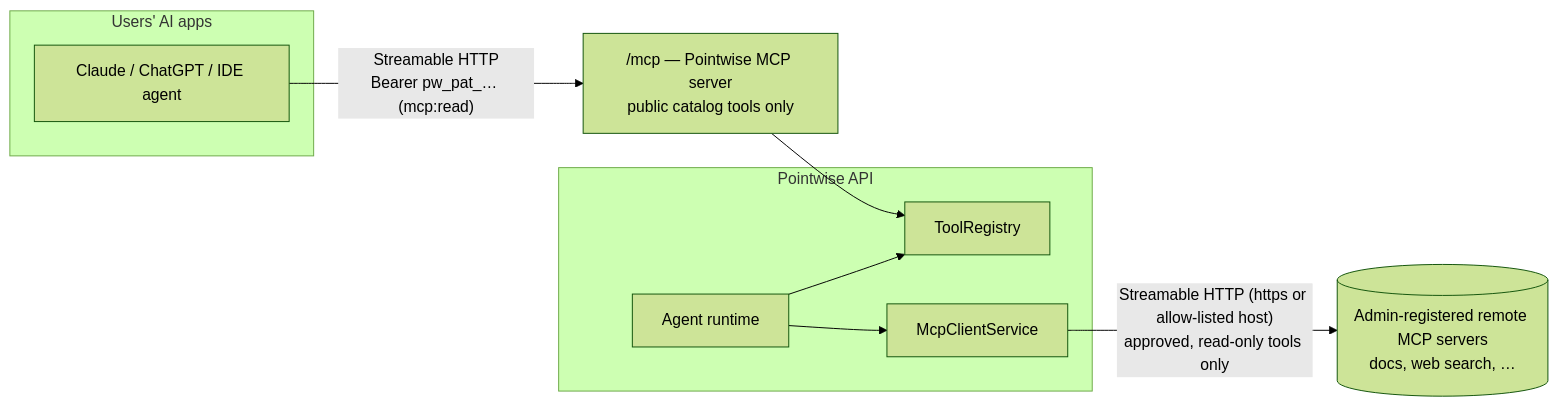
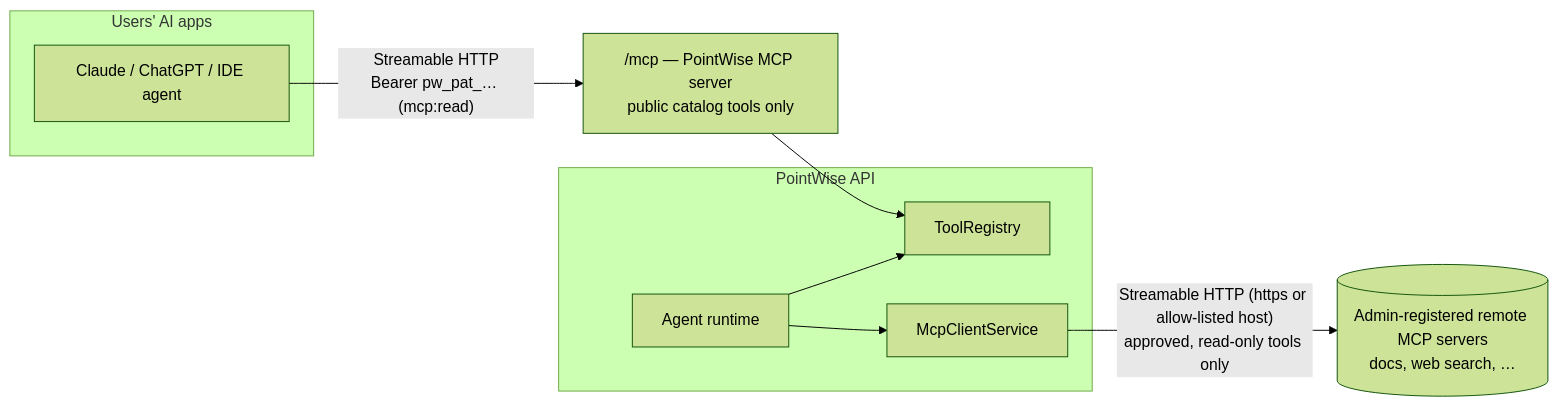
The diagram in docs/mcp-architecture.md (swansong77/pointwise), drawn with Mermaid (forest theme) before and after one commit. The commit also changed other lines of this file and 98 other files, not shown here.

First line of the commit message:
Rename the display name from "Pointwise" to "PointWise"

````diff
--- a/docs/mcp-architecture.md
+++ b/docs/mcp-architecture.md
@@ -5,13 +5,13 @@
 ```mermaid
 flowchart LR
   subgraph Users' AI apps
     C1[Claude / ChatGPT / IDE agent]
   end
-  C1 -- "Streamable HTTP<br/>Bearer pw_pat_… (mcp:read)" --> S["/mcp — Pointwise MCP server<br/>public catalog tools only"]
+  C1 -- "Streamable HTTP<br/>Bearer pw_pat_… (mcp:read)" --> S["/mcp — PointWise MCP server<br/>public catalog tools only"]
   S --> T[ToolRegistry]
-  subgraph Pointwise API
+  subgraph PointWise API
     R[Agent runtime] --> T
     R --> MC[McpClientService]
   end
   MC -- "Streamable HTTP (https or allow-listed host)<br/>approved, read-only tools only" --> X[(Admin-registered remote MCP servers<br/>docs, web search, …)]
 ```
````
